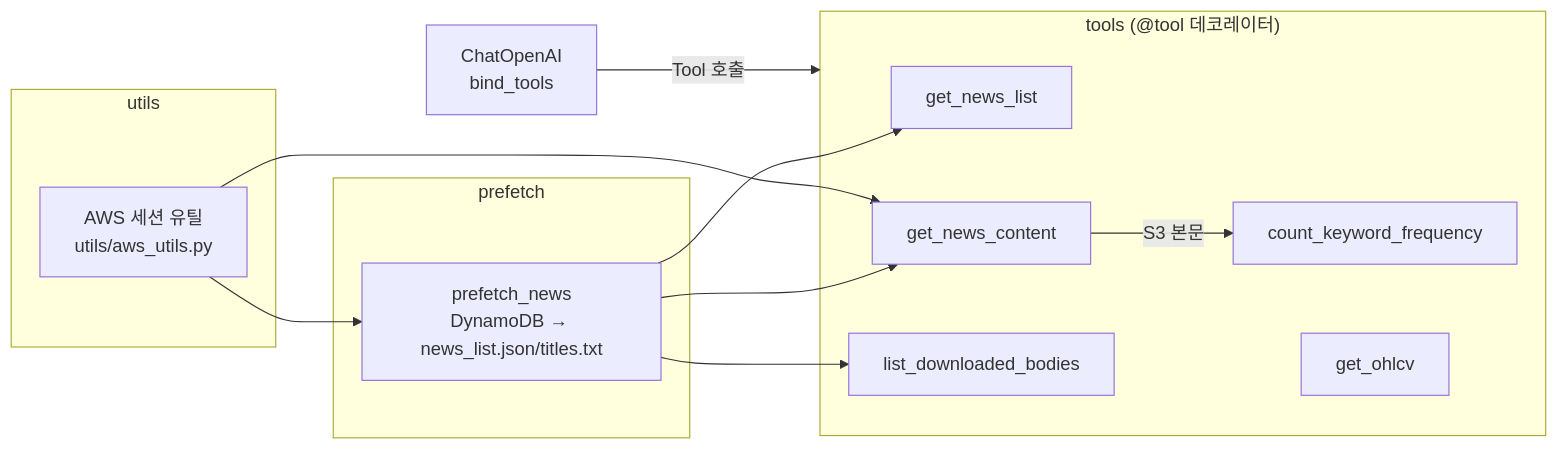
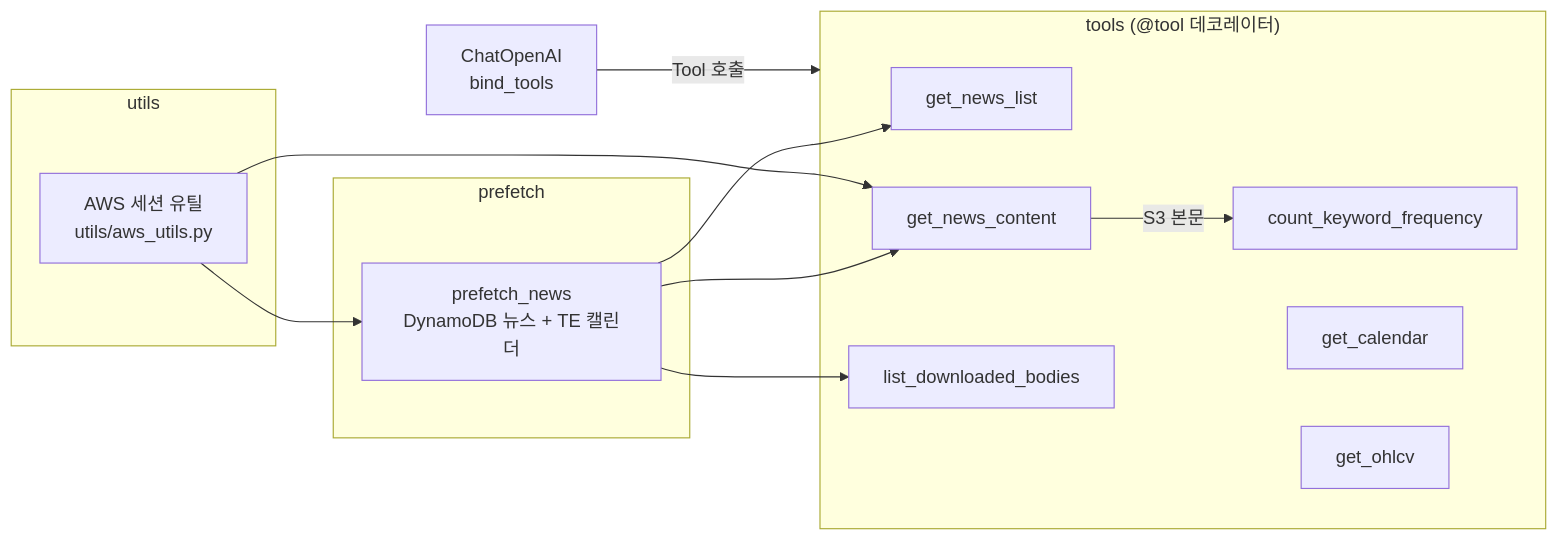
The second of 2 diagrams in OpeningAgent/ARCHITECTURE.md (junseok0913/25fw-kubig-mas), drawn with Mermaid before and after one commit. The commit also changed other lines of this file and 13 other files, not shown here.

````diff
--- a/OpeningAgent/ARCHITECTURE.md
+++ b/OpeningAgent/ARCHITECTURE.md
@@ -34,24 +41,25 @@
 ```mermaid
 flowchart LR
     subgraph tools["tools (@tool 데코레이터)"]
         GL[get_news_list]
         GC[get_news_content]
         LB[list_downloaded_bodies]
         KF[count_keyword_frequency]
+        CA[get_calendar]
         OH[get_ohlcv]
     end
     subgraph utils
         AU[AWS 세션 유틸<br/>utils/aws_utils.py]
     end
     subgraph prefetch
-        PF[prefetch_news<br/>DynamoDB → news_list.json/titles.txt]
+        PF[prefetch_news<br/>DynamoDB 뉴스 + TE 캘린더]
     end
     LLM[ChatOpenAI<br/>bind_tools]
     LLM -->|Tool 호출| tools
     PF --> GL
     PF --> GC
     PF --> LB
     GC -->|S3 본문| KF
     AU --> PF
     AU --> GC
 ```
````
